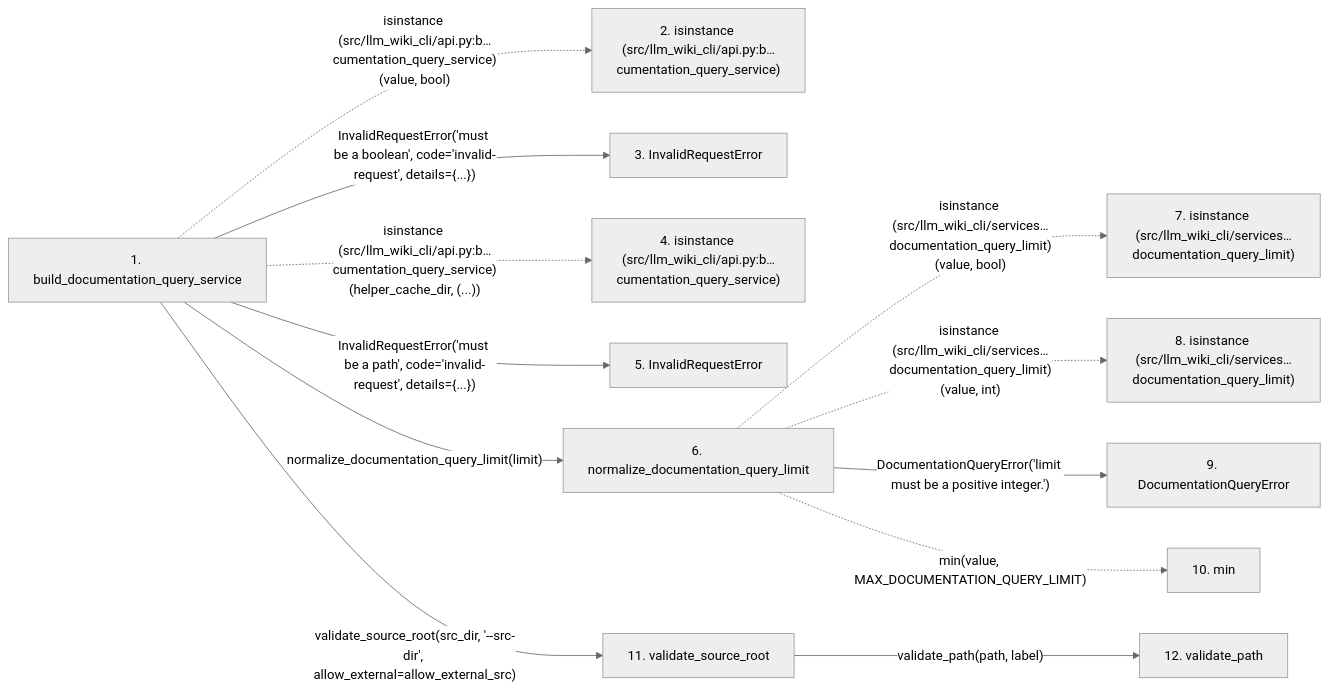
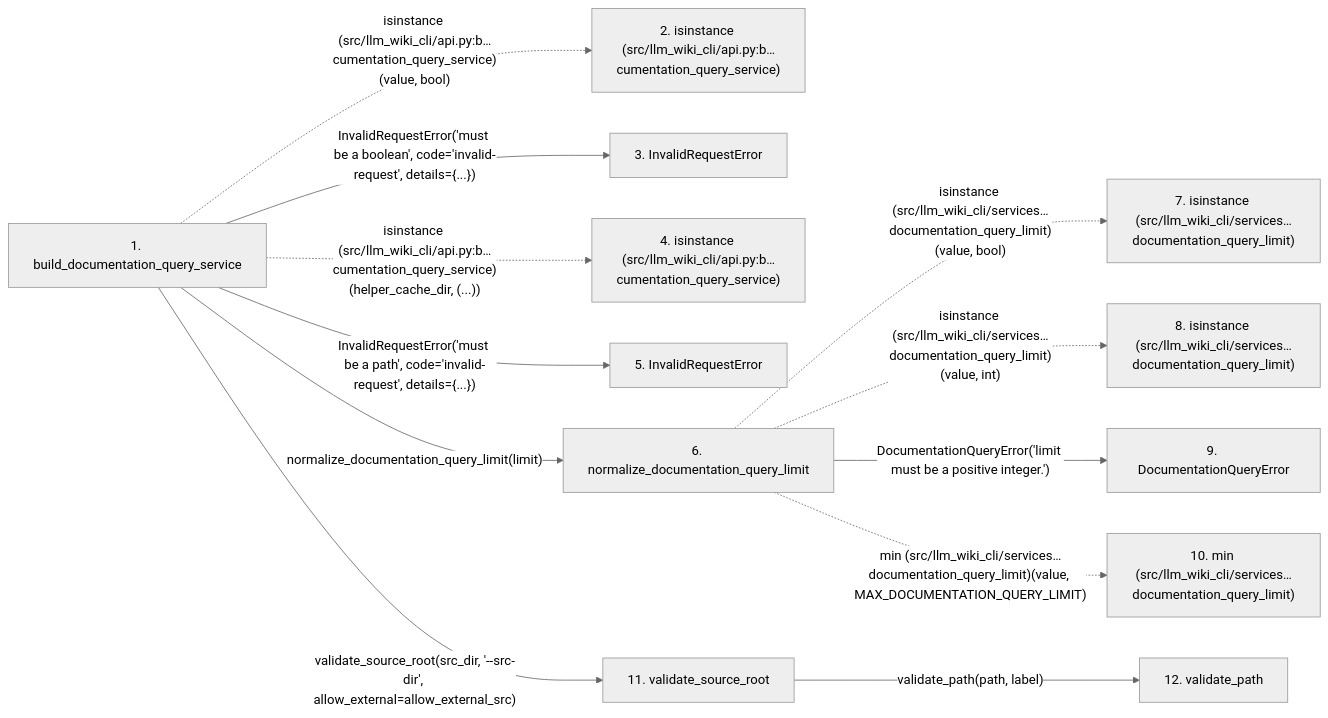
The second of 2 diagrams in docs/llm_wiki/flows/api-build_documentation_query_service.md (Denissvgn/python-wiki-llm), drawn with Mermaid (neutral theme) before and after one commit. The commit also changed other lines of this file and 865 other files, not shown here.

````diff
--- a/docs/llm_wiki/flows/api-build_documentation_query_service.md
+++ b/docs/llm_wiki/flows/api-build_documentation_query_service.md
@@ -90,33 +93,33 @@
 ```mermaid
 flowchart LR
     s1["1. build_documentation_query_service"]
     s2["2. isinstance (src/llm_wiki_cli/api.py:b…cumentation_query_service)"]
     s3["3. InvalidRequestError"]
     s4["4. isinstance (src/llm_wiki_cli/api.py:b…cumentation_query_service)"]
     s5["5. InvalidRequestError"]
     s6["6. normalize_documentation_query_limit"]
     s7["7. isinstance (src/llm_wiki_cli/services…documentation_query_limit)"]
     s8["8. isinstance (src/llm_wiki_cli/services…documentation_query_limit)"]
     s9["9. DocumentationQueryError"]
-    s10["10. min"]
+    s10["10. min (src/llm_wiki_cli/services…documentation_query_limit)"]
     s11["11. validate_source_root"]
     s12["12. validate_path"]
     s1 -. "isinstance (src/llm_wiki_cli/api.py:b…cumentation_query_service)(value, bool)" .-> s2
     s1 -->|"InvalidRequestError('must be a boolean', code='invalid-request', details={...})"| s3
     s1 -. "isinstance (src/llm_wiki_cli/api.py:b…cumentation_query_service)(helper_cache_dir, (...))" .-> s4
     s1 -->|"InvalidRequestError('must be a path', code='invalid-request', details={...})"| s5
     s1 -->|"normalize_documentation_query_limit(limit)"| s6
     s6 -. "isinstance (src/llm_wiki_cli/services…documentation_query_limit)(value, bool)" .-> s7
     s6 -. "isinstance (src/llm_wiki_cli/services…documentation_query_limit)(value, int)" .-> s8
     s6 -->|"DocumentationQueryError('limit must be a positive integer.')"| s9
-    s6 -. "min(value, MAX_DOCUMENTATION_QUERY_LIMIT)" .-> s10
+    s6 -. "min (src/llm_wiki_cli/services…documentation_query_limit)(value, MAX_DOCUMENTATION_QUERY_LIMIT)" .-> s10
     s1 -->|"validate_source_root(src_dir, '--src-dir', allow_external=allow_external_src)"| s11
     s11 -->|"validate_path(path, label)"| s12
     click s1 "../modules/api.md"
     click s3 "../modules/api.md"
     click s5 "../modules/api.md"
     click s6 "../modules/documentation_query_builder.md"
     click s9 "../modules/documentation_queries.md"
     click s11 "../modules/config.md"
     click s12 "../modules/config.md"
 ```
````
